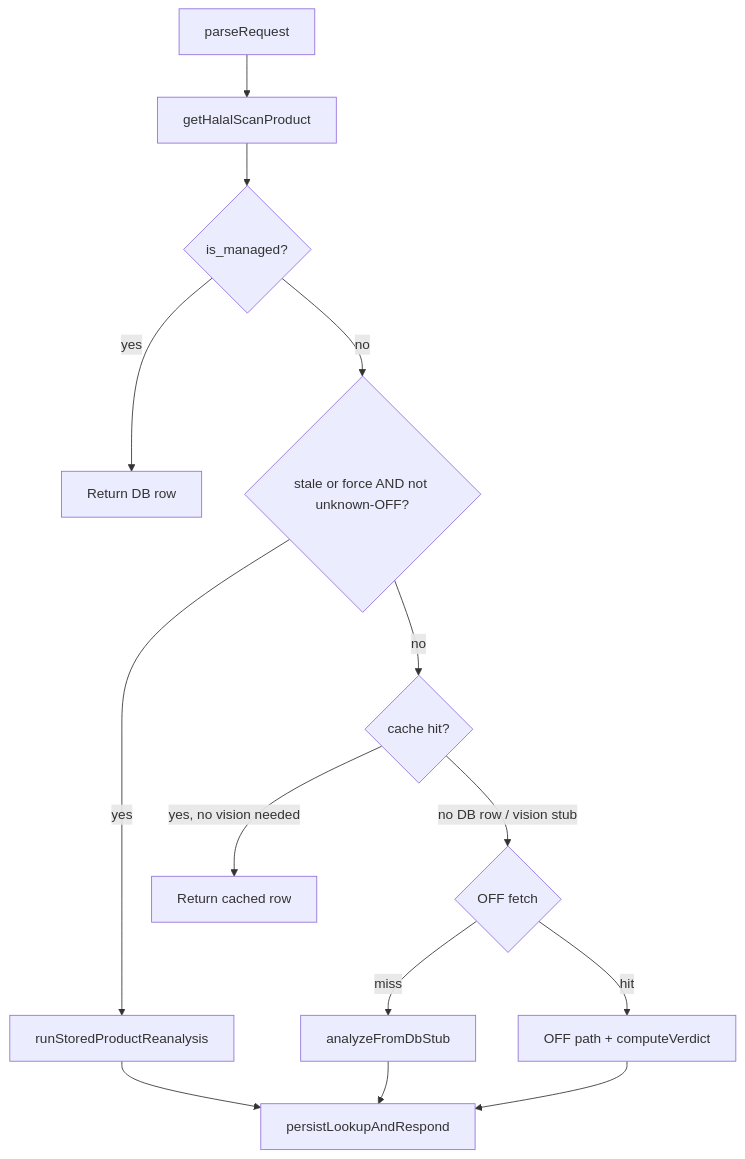
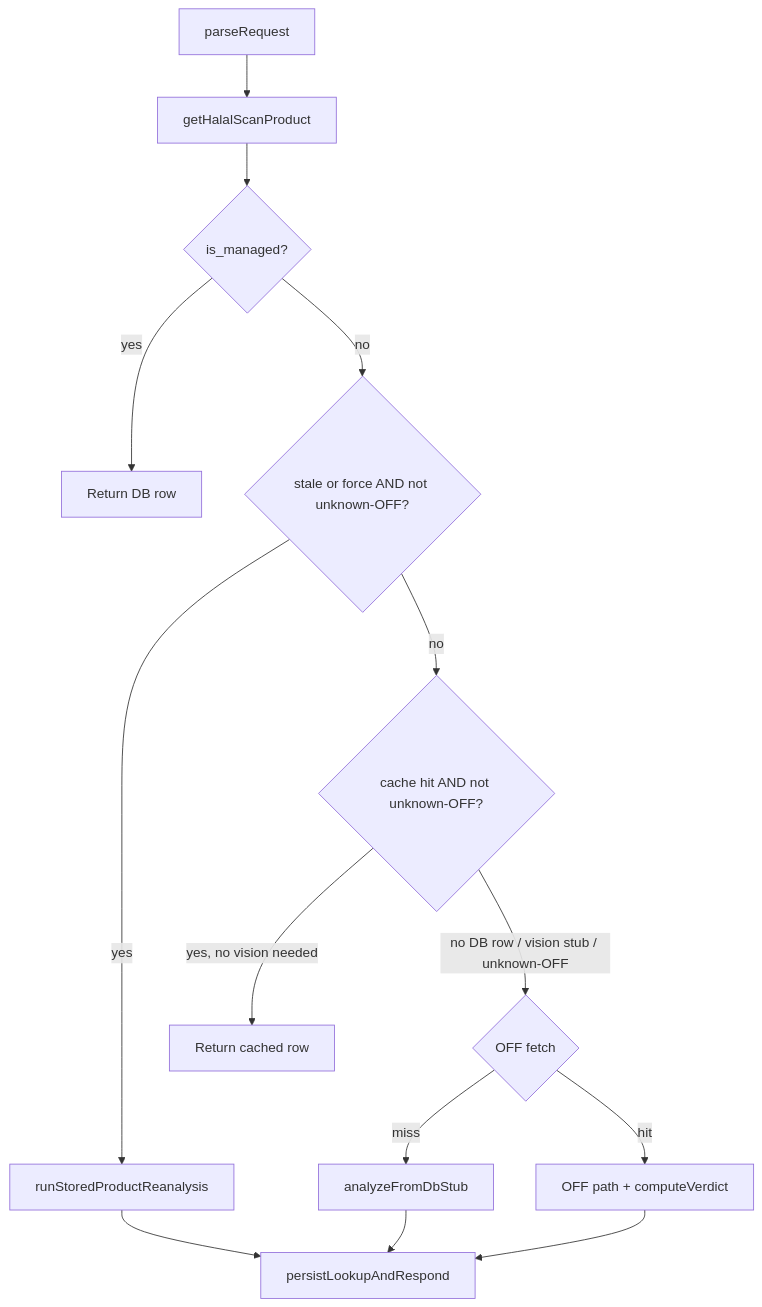
The diagram in supabase/functions/lookup-product/VERDICT_PIPELINE.md (bilocan/halal_checker), drawn with Mermaid before and after one commit. The commit also changed other lines of this file and 2 other files, not shown here.

Commit message:
test: fix broken tests and add more

````diff
--- a/supabase/functions/lookup-product/VERDICT_PIPELINE.md
+++ b/supabase/functions/lookup-product/VERDICT_PIPELINE.md
@@ -27,16 +27,16 @@
 ```mermaid
 flowchart TD
   A[parseRequest] --> B[getHalalScanProduct]
   B --> C{is_managed?}
   C -->|yes| D[Return DB row]
   C -->|no| E{stale or force AND not unknown-OFF?}
   E -->|yes| F[runStoredProductReanalysis]
-  E -->|no| G{cache hit?}
+  E -->|no| G{cache hit AND not unknown-OFF?}
   G -->|yes, no vision needed| H[Return cached row]
-  G -->|no DB row / vision stub| I{OFF fetch}
+  G -->|no DB row / vision stub / unknown-OFF| I{OFF fetch}
   I -->|miss| J[analyzeFromDbStub]
   I -->|hit| K[OFF path + computeVerdict]
   F --> L[persistLookupAndRespond]
   J --> L
   K --> L
 ```
````
